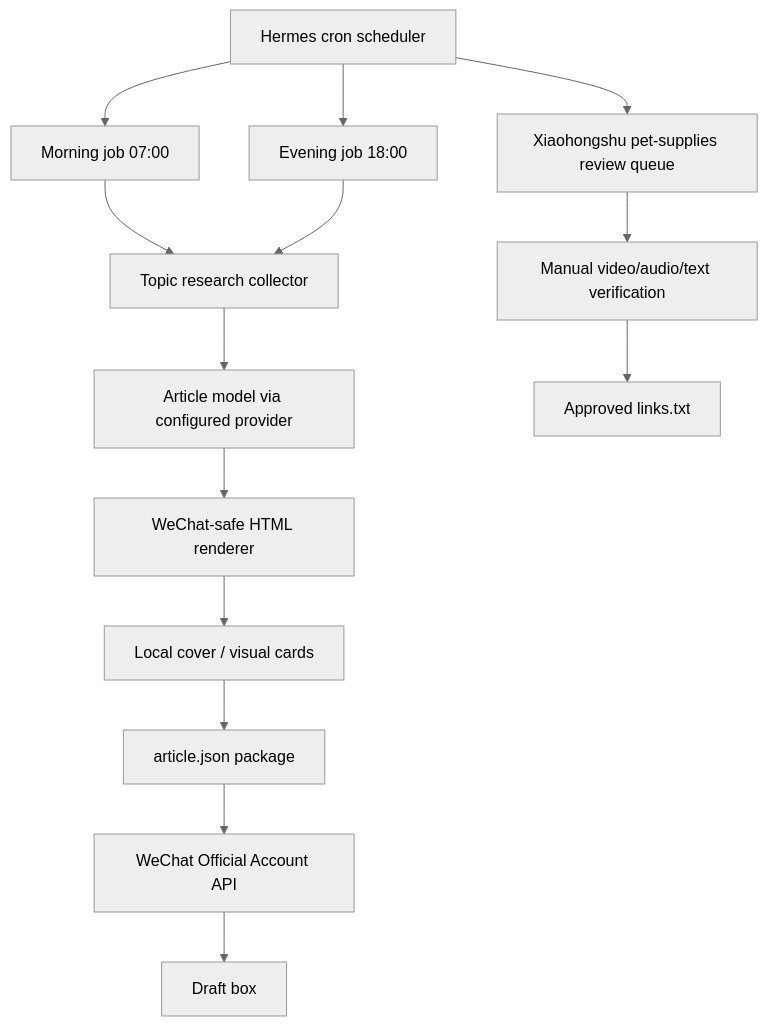
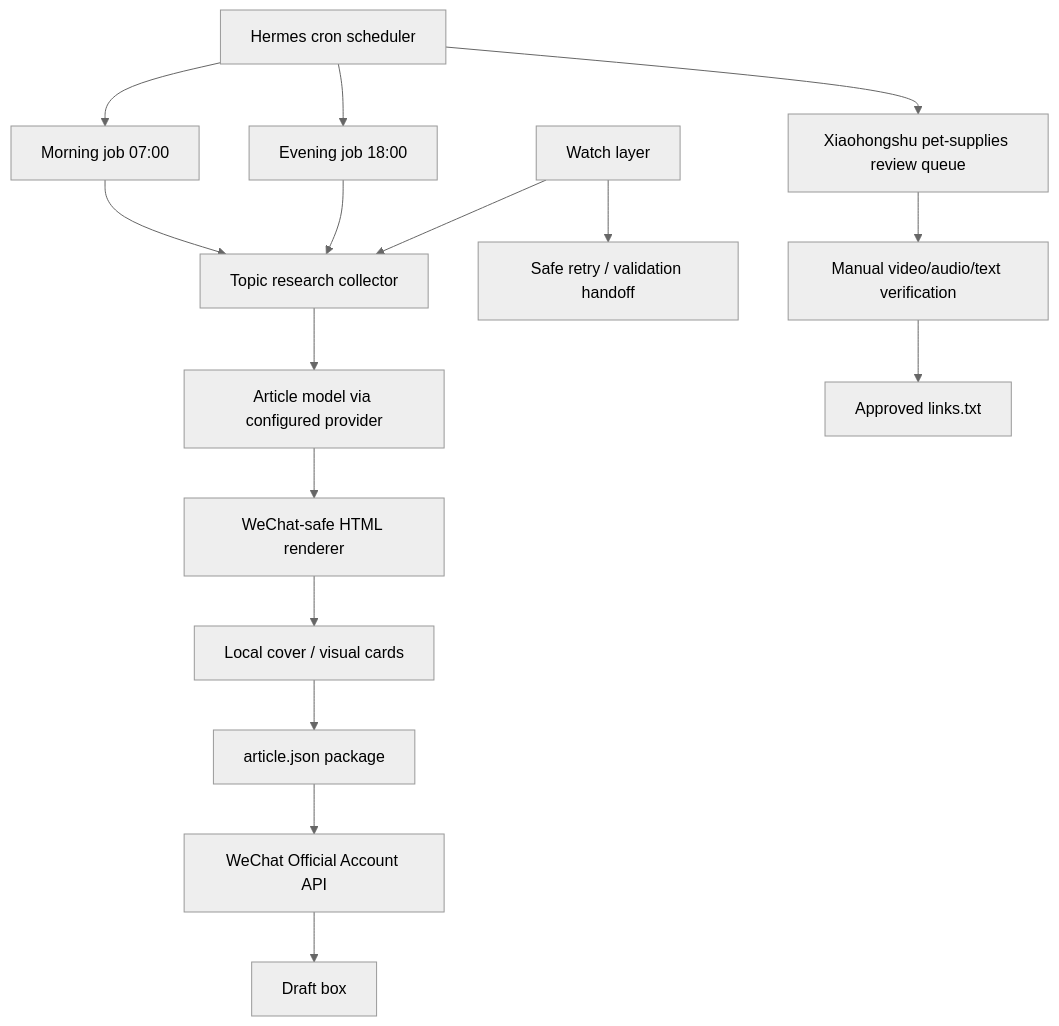
Before and after one commit to kax168/hermes-agent-content-ops: the diagram in README.md, drawn with Mermaid (neutral theme). The commit also changed other lines of this file and 11 other files, not shown here.

Commit message:
Add event-aware watch layer

````diff
--- a/README.md
+++ b/README.md
@@ -32,16 +33,18 @@
 ```mermaid
 flowchart TD
     A["Hermes cron scheduler"] --> B["Morning job 07:00"]
     A --> C["Evening job 18:00"]
+    N["Watch layer"] --> D
+    N --> O["Safe retry / validation handoff"]
     B --> D["Topic research collector"]
     C --> D
     D --> E["Article model via configured provider"]
     E --> F["WeChat-safe HTML renderer"]
     F --> G["Local cover / visual cards"]
     G --> H["article.json package"]
     H --> I["WeChat Official Account API"]
     I --> J["Draft box"]
     A --> K["Xiaohongshu pet-supplies review queue"]
     K --> L["Manual video/audio/text verification"]
     L --> M["Approved links.txt"]
 ```
````
